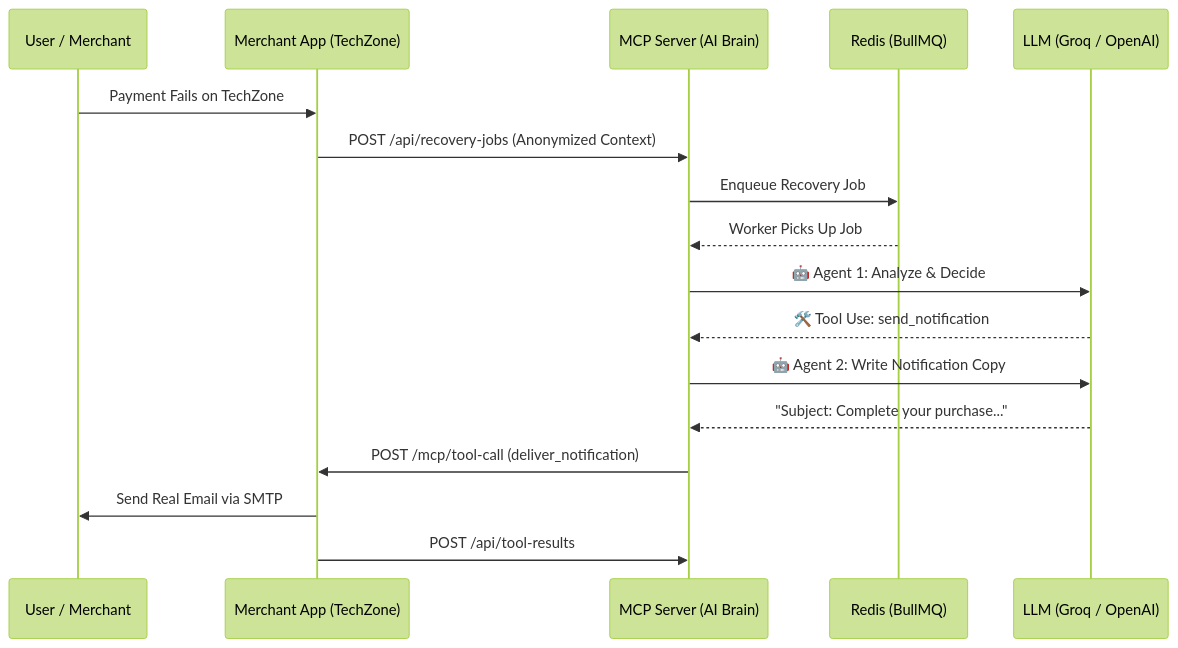
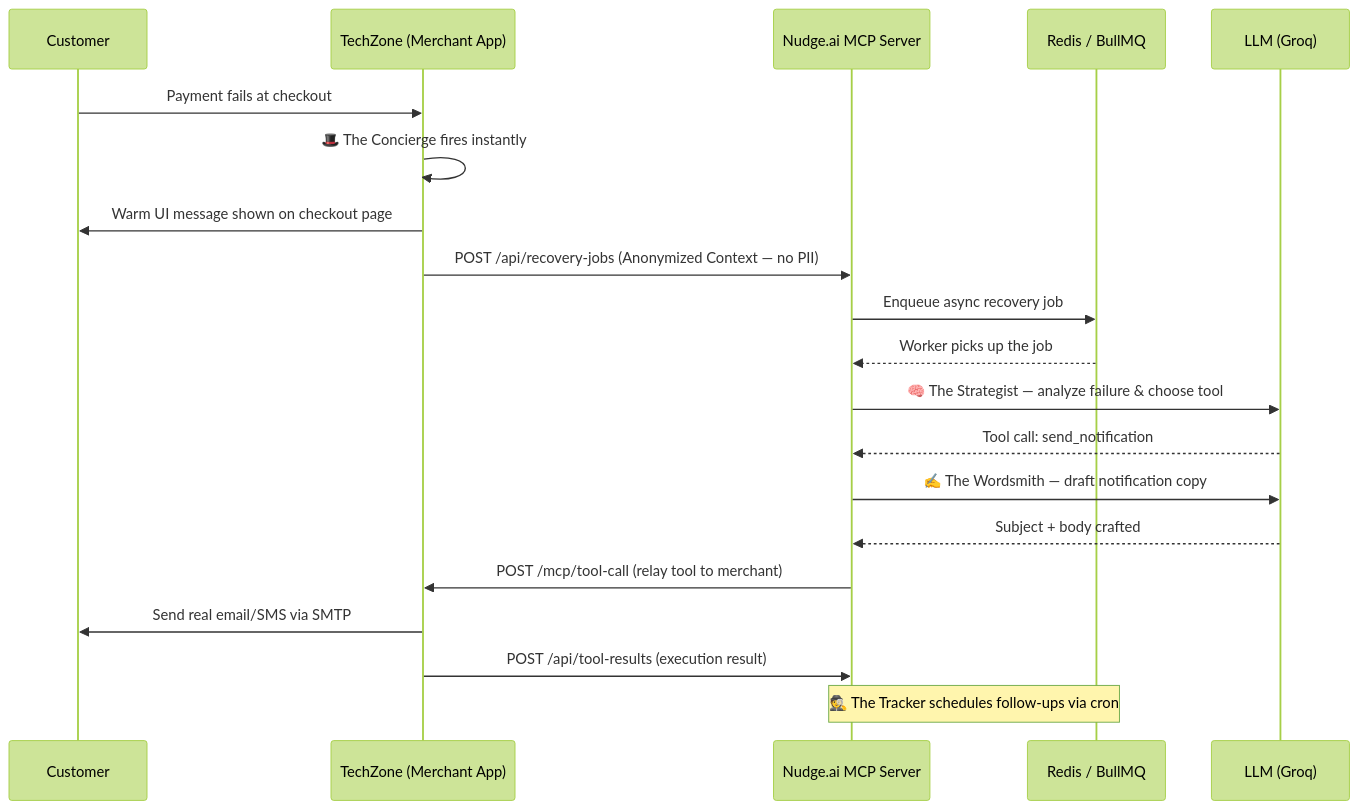
One commit to anonymous-error404/Nudge.ai---an-Agentic-AI-for-Payment-Recovery changed the diagram in README.md. Above: the diagram before and after it, drawn with Mermaid (forest theme). The commit also changed other lines of this file and 22 other files, not shown here.

````diff
--- a/README.md
+++ b/README.md
@@ -34,21 +58,23 @@
 ```mermaid
 sequenceDiagram
-    participant U as User / Merchant
-    participant M as Merchant App (TechZone)
-    participant S as MCP Server (AI Brain)
-    participant R as Redis (BullMQ)
-    participant C as LLM (Groq / OpenAI)
+    participant U as Customer
+    participant M as TechZone (Merchant App)
+    participant S as Nudge.ai MCP Server
+    participant Q as Redis / BullMQ
+    participant L as LLM (Groq)
 
-    U->>M: Payment Fails on TechZone
-    M->>S: POST /api/recovery-jobs (Anonymized Context)
-    S->>R: Enqueue Recovery Job
-    R-->>S: Worker Picks Up Job
-    S->>C: 🤖 Agent 1: Analyze & Decide
-    C-->>S: 🛠️ Tool Use: send_notification
-    
-    S->>C: 🤖 Agent 2: Write Notification Copy
-    C-->>S: "Subject: Complete your purchase..."
-    S->>M: POST /mcp/tool-call (deliver_notification)
-    M->>U: Send Real Email via SMTP
-    M->>S: POST /api/tool-results
+    U->>M: Payment fails at checkout
+    M->>M: 🎩 The Concierge fires instantly
+    M->>U: Warm UI message shown on checkout page
+    M->>S: POST /api/recovery-jobs (Anonymized Context — no PII)
+    S->>Q: Enqueue async recovery job
+    Q-->>S: Worker picks up the job
+    S->>L: 🧠 The Strategist — analyze failure & choose tool
+    L-->>S: Tool call: send_notification
+    S->>L: ✍️ The Wordsmith — draft notification copy
+    L-->>S: Subject + body crafted
+    S->>M: POST /mcp/tool-call (relay tool to merchant)
+    M->>U: Send real email/SMS via SMTP
+    M->>S: POST /api/tool-results (execution result)
+    Note over S,Q: 🕵️ The Tracker schedules follow-ups via cron
 ```
````
